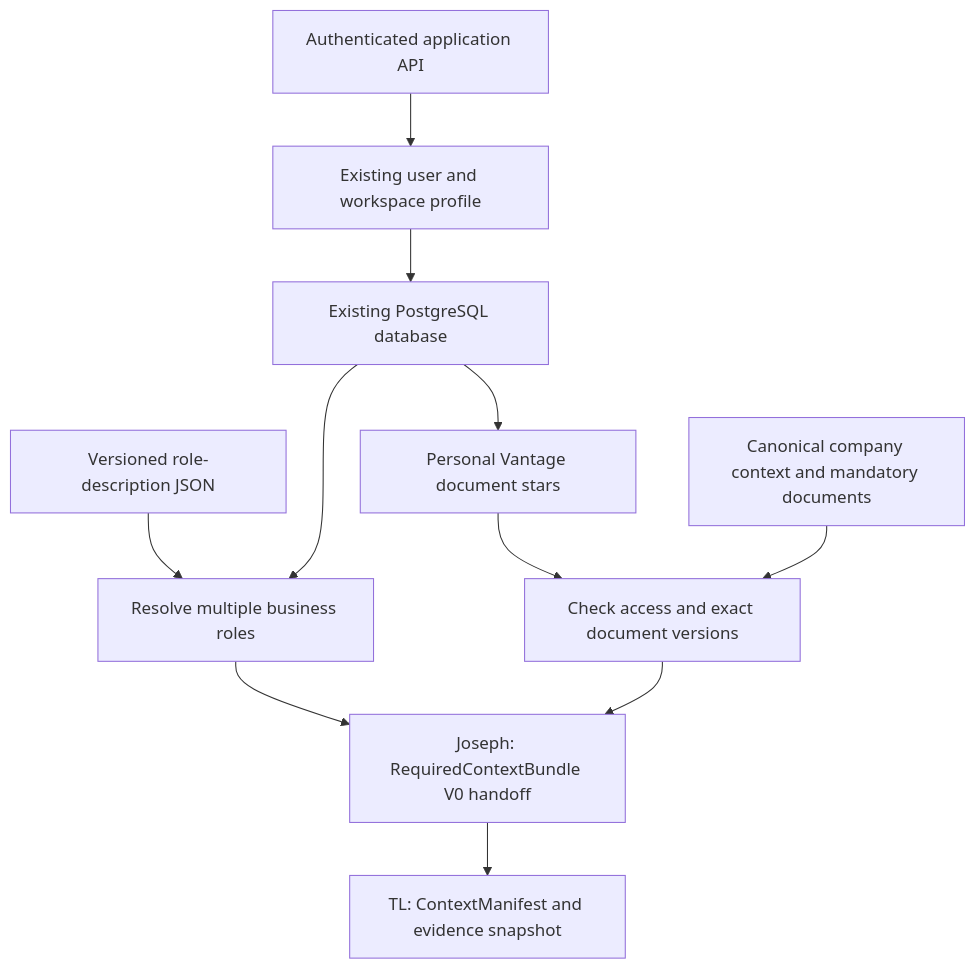
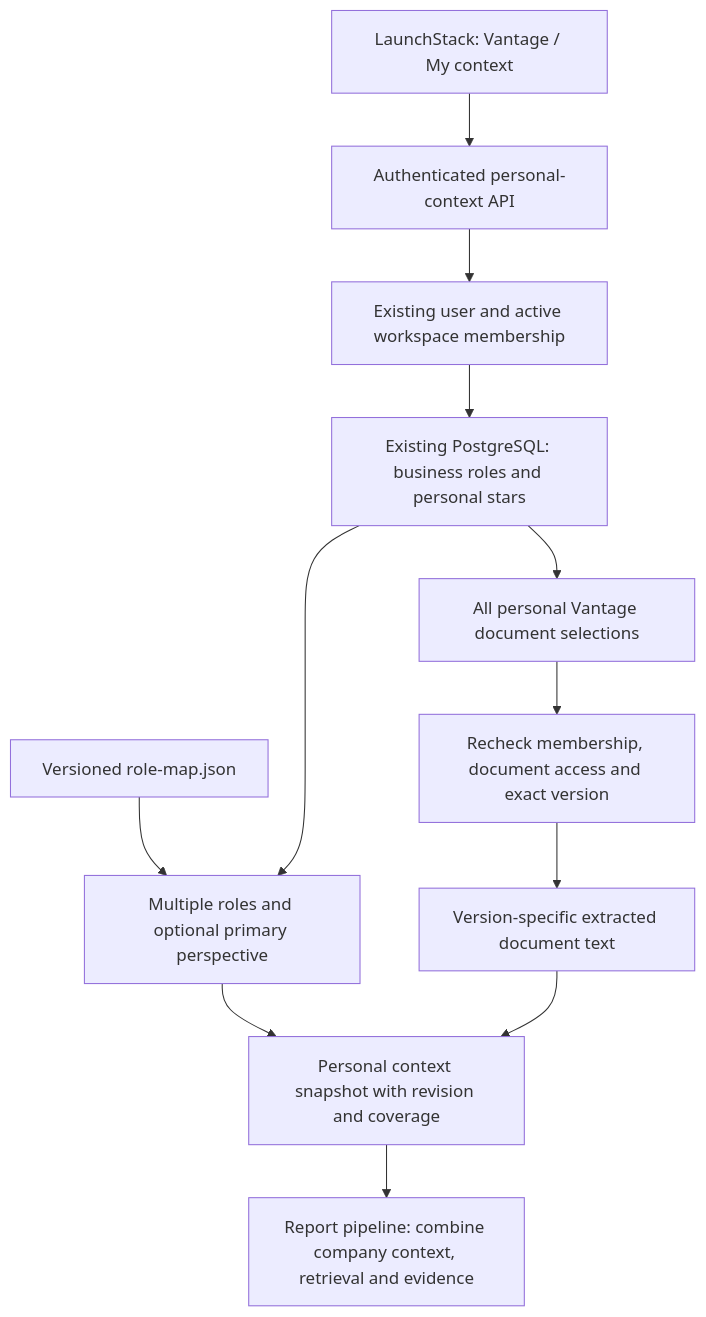
The diagram in docs/design/vantage-joseph-context-v0-handoff.md (Deodat-Lawson/LaunchStack), drawn with Mermaid before and after one commit. The commit also changed other lines of this file and 25 other files, not shown here.

Commit message:
feat(vantage): persist personal context and integrate LaunchStack UI

````diff
--- a/docs/design/vantage-joseph-context-v0-handoff.md
+++ b/docs/design/vantage-joseph-context-v0-handoff.md
@@ -40,13 +17,14 @@
 ```mermaid
 flowchart TD
-    API[Authenticated application API] --> Profile[Existing user and workspace profile]
-    Profile --> DB[Existing PostgreSQL database]
-    Map[Versioned role-description JSON] --> Roles[Resolve multiple business roles]
+    UI[LaunchStack: Vantage / My context] --> API[Authenticated personal-context API]
+    API --> Profile[Existing user and active workspace membership]
+    Profile --> DB[Existing PostgreSQL: business roles and personal stars]
+    Map[Versioned role-map.json] --> Roles[Multiple roles and optional primary perspective]
     DB --> Roles
-    DB --> Stars[Personal Vantage document stars]
-    Stars --> Checked[Check access and exact document versions]
-    Company[Canonical company context and mandatory documents] --> Checked
-    Roles --> Bundle[Joseph: RequiredContextBundle V0 handoff]
-    Checked --> Bundle
-    Bundle --> Snapshot[TL: ContextManifest and evidence snapshot]
+    DB --> Stars[All personal Vantage document selections]
+    Stars --> ACL[Recheck membership, document access and exact version]
+    ACL --> Text[Version-specific extracted document text]
+    Roles --> Snapshot[Personal context snapshot with revision and coverage]
+    Text --> Snapshot
+    Snapshot --> TL[Report pipeline: combine company context, retrieval and evidence]
 ```
````
